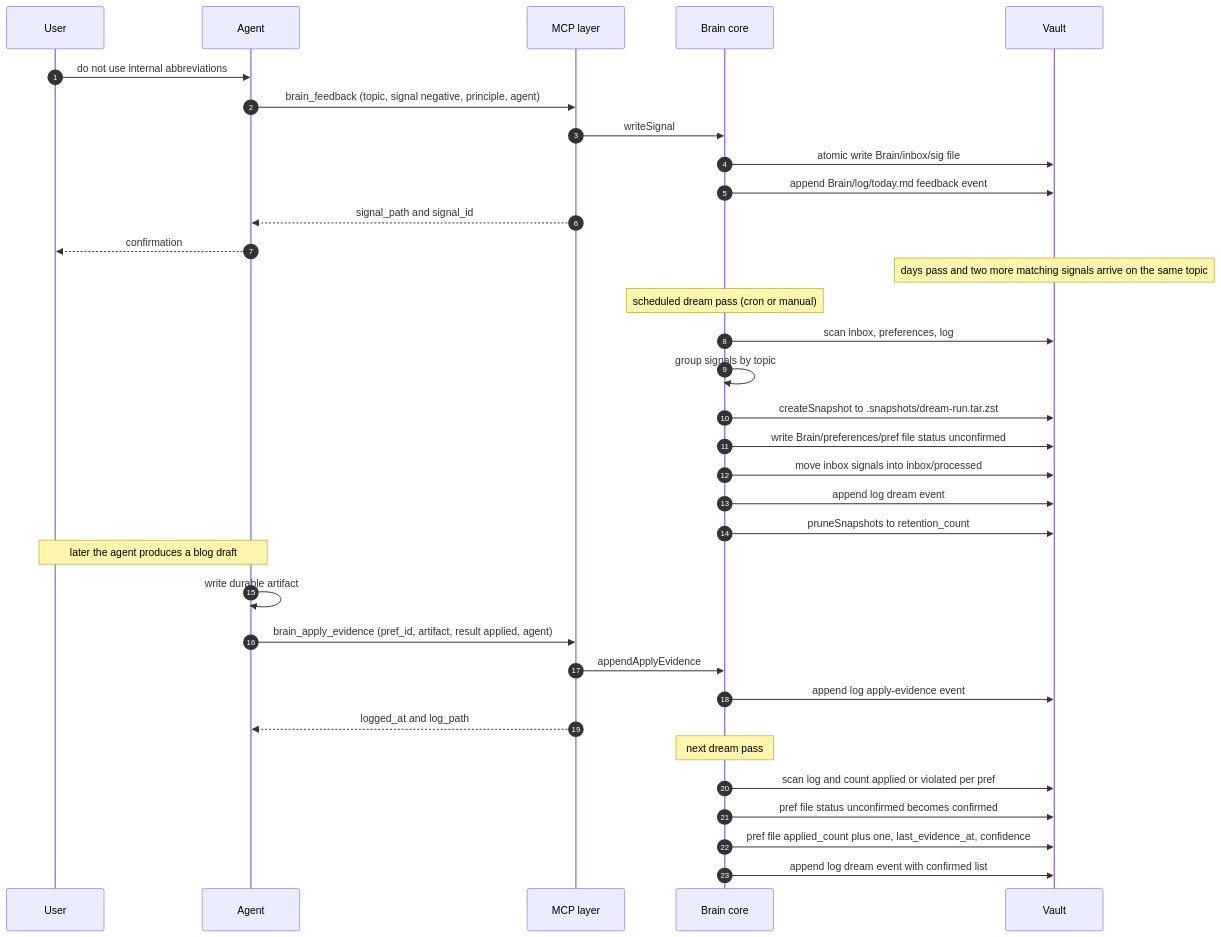
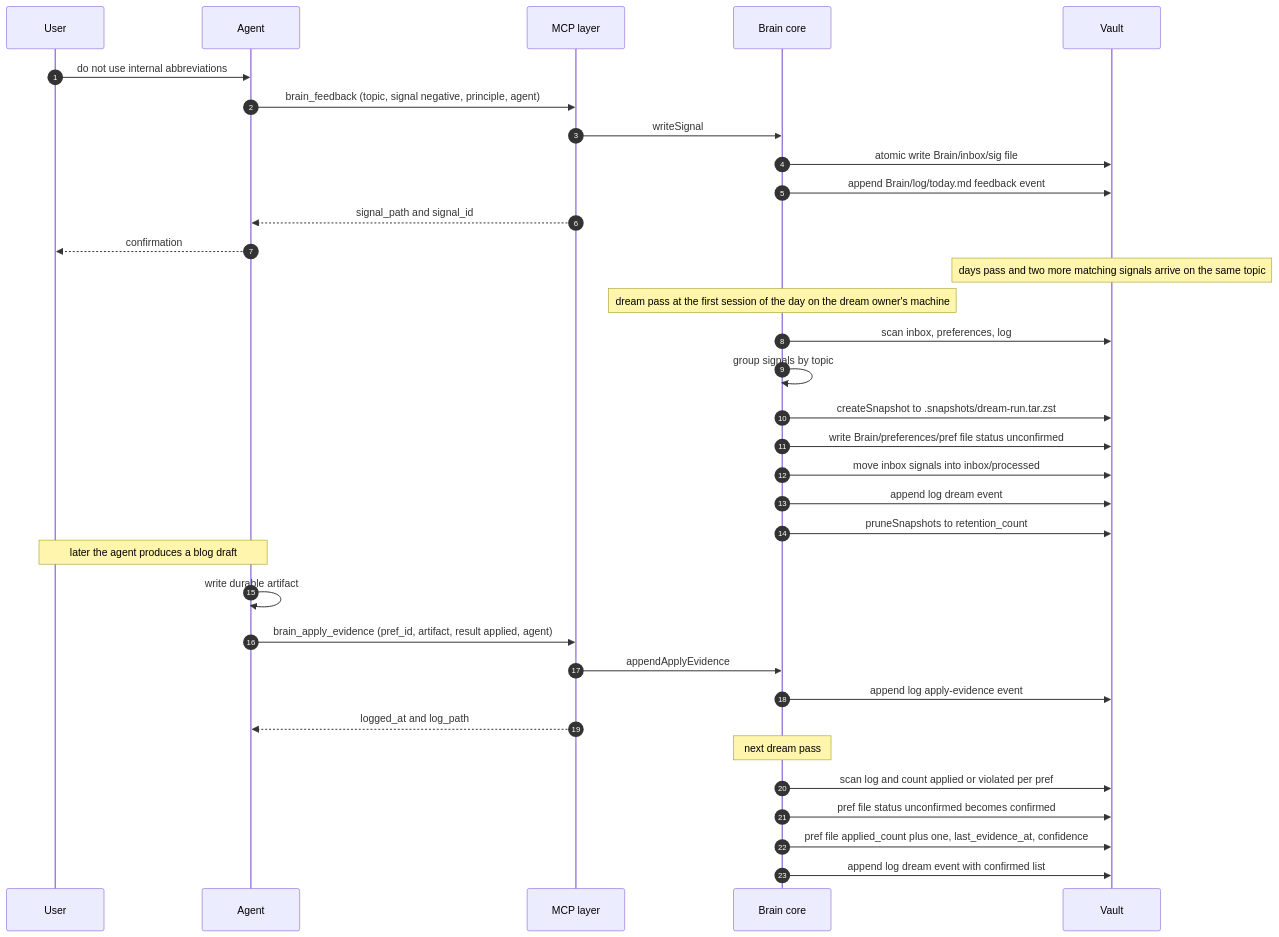
Before and after one commit to itechmeat/open-second-brain: the fourth of 13 diagrams in docs/how-it-works.md, drawn with Mermaid. The commit also changed other lines of this file and 65 other files, not shown here.

````diff
--- a/docs/how-it-works.md
+++ b/docs/how-it-works.md
@@ -137,42 +185,42 @@
 ```mermaid
 sequenceDiagram
     autonumber
     participant User
     participant Agent
     participant MCP as MCP layer
     participant Core as Brain core
     participant Vault
 
     User->>Agent: do not use internal abbreviations
     Agent->>MCP: brain_feedback (topic, signal negative, principle, agent)
     MCP->>Core: writeSignal
     Core->>Vault: atomic write Brain/inbox/sig file
     Core->>Vault: append Brain/log/today.md feedback event
     MCP-->>Agent: signal_path and signal_id
     Agent-->>User: confirmation
 
     Note over Vault: days pass and two more matching signals arrive on the same topic
 
-    Note over Core: scheduled dream pass (cron or manual)
+    Note over Core: dream pass at the first session of the day on the dream owner's machine
     Core->>Vault: scan inbox, preferences, log
     Core->>Core: group signals by topic
     Core->>Vault: createSnapshot to .snapshots/dream-run.tar.zst
     Core->>Vault: write Brain/preferences/pref file status unconfirmed
     Core->>Vault: move inbox signals into inbox/processed
     Core->>Vault: append log dream event
     Core->>Vault: pruneSnapshots to retention_count
 
     Note over Agent,User: later the agent produces a blog draft
 
     Agent->>Agent: write durable artifact
     Agent->>MCP: brain_apply_evidence (pref_id, artifact, result applied, agent)
     MCP->>Core: appendApplyEvidence
     Core->>Vault: append log apply-evidence event
     MCP-->>Agent: logged_at and log_path
 
     Note over Core: next dream pass
     Core->>Vault: scan log and count applied or violated per pref
     Core->>Vault: pref file status unconfirmed becomes confirmed
     Core->>Vault: pref file applied_count plus one, last_evidence_at, confidence
     Core->>Vault: append log dream event with confirmed list
 ```
````
